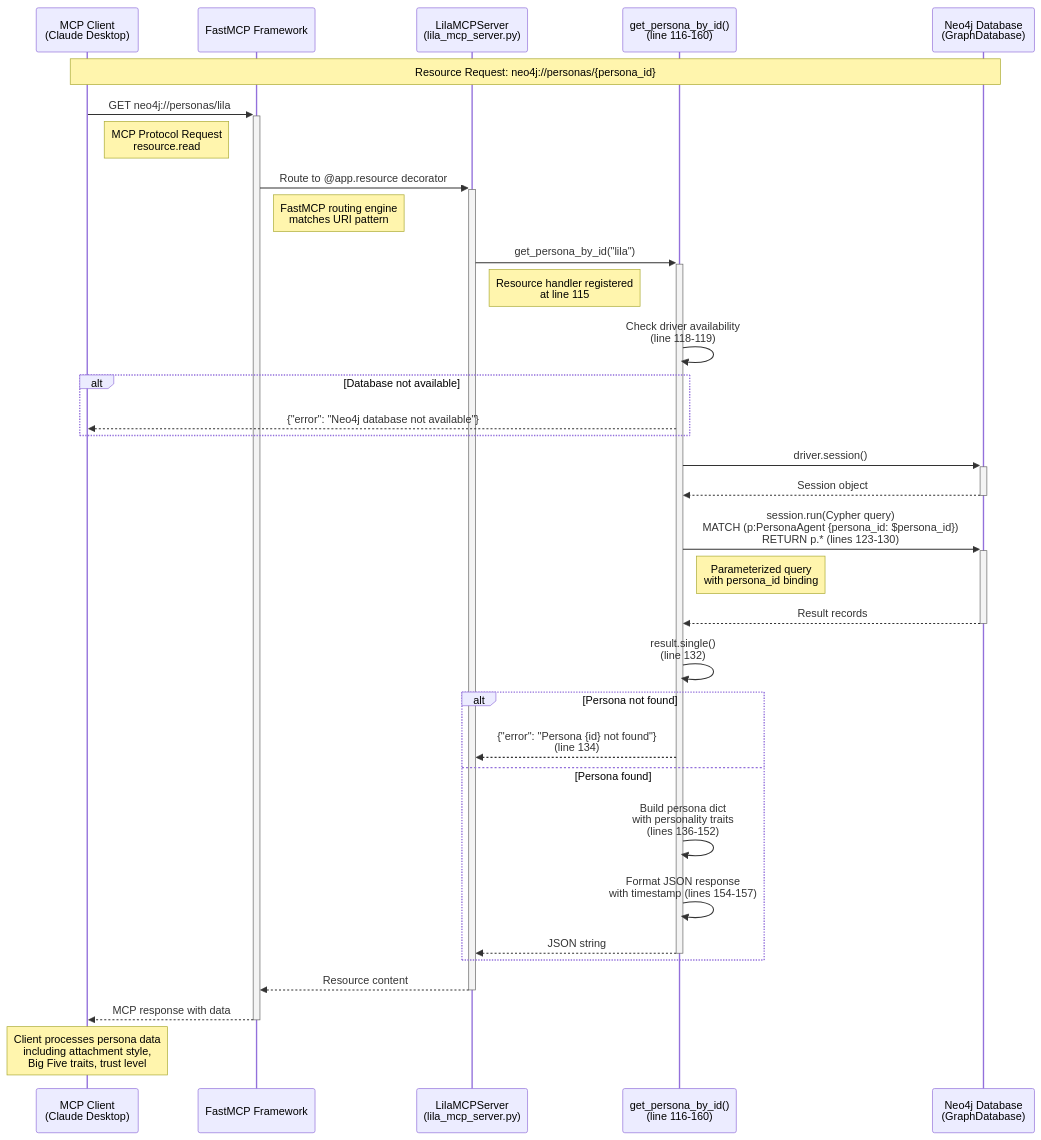
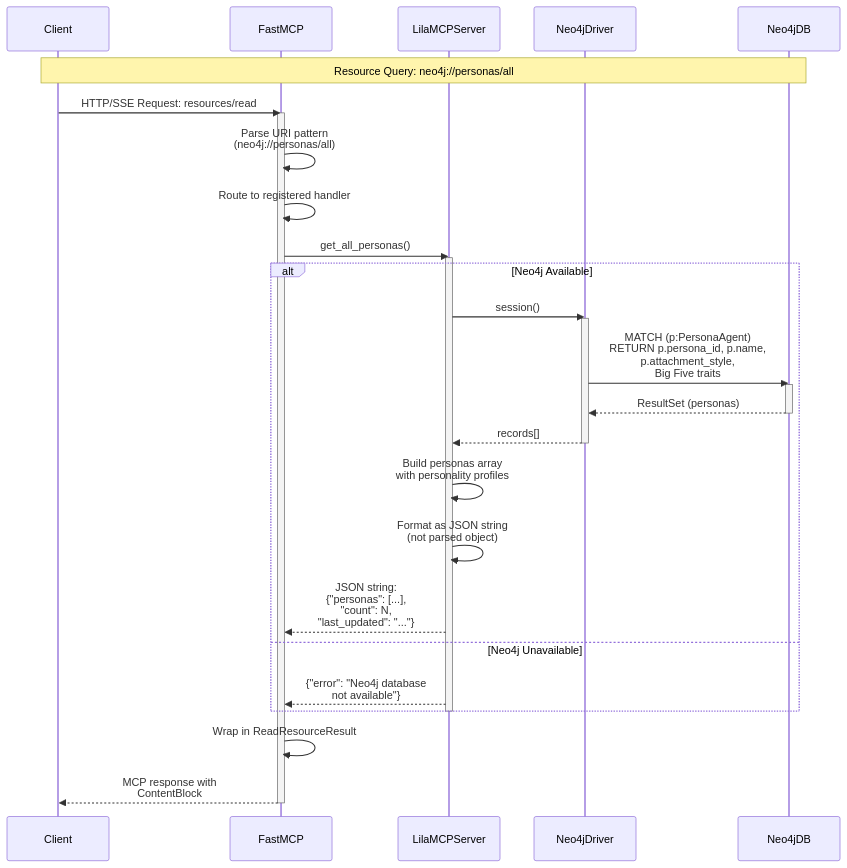
One commit to lila-graph/lila-mcp changed the first of 5 diagrams in repo_analysis/docs/03_data_flows.md. Above: the diagram before and after it, drawn with Mermaid. The commit also changed other lines of this file and 5 other files, not shown here.

Commit message:
update architecture docs

````diff
--- a/repo_analysis/docs/03_data_flows.md
+++ b/repo_analysis/docs/03_data_flows.md
@@ -18,47 +9,46 @@
 ```mermaid
 sequenceDiagram
-    participant Client as MCP Client<br/>(Claude Desktop)
-    participant FastMCP as FastMCP Framework
-    participant Server as LilaMCPServer<br/>(lila_mcp_server.py)
-    participant Handler as get_persona_by_id()<br/>(line 116-160)
-    participant Neo4j as Neo4j Database<br/>(GraphDatabase)
+    participant Client
+    participant FastMCP
+    participant Server as LilaMCPServer
+    participant Neo4jDriver
+    participant Neo4jDB
 
-    Note over Client,Neo4j: Resource Request: neo4j://personas/{persona_id}
+    Note over Client,Neo4jDB: Resource Query: neo4j://personas/all
 
-    Client->>+FastMCP: GET neo4j://personas/lila
-    Note right of Client: MCP Protocol Request<br/>resource.read
+    Client->>FastMCP: HTTP/SSE Request: resources/read
+    activate FastMCP
 
-    FastMCP->>+Server: Route to @app.resource decorator
-    Note right of FastMCP: FastMCP routing engine<br/>matches URI pattern
+    FastMCP->>FastMCP: Parse URI pattern<br/>(neo4j://personas/all)
+    FastMCP->>FastMCP: Route to registered handler
 
-    Server->>+Handler: get_persona_by_id("lila")
-    Note right of Server: Resource handler registered<br/>at line 115
+    FastMCP->>Server: get_all_personas()
+    activate Server
 
-    Handler->>Handler: Check driver availability<br/>(line 118-119)
-    alt Database not available
-        Handler-->>Client: {"error": "Neo4j database not available"}
+    alt Neo4j Available
+        Server->>Neo4jDriver: session()
+        activate Neo4jDriver
+
+        Neo4jDriver->>Neo4jDB: MATCH (p:PersonaAgent)<br/>RETURN p.persona_id, p.name,<br/>p.attachment_style,<br/>Big Five traits
+        activate Neo4jDB
+        Neo4jDB-->>Neo4jDriver: ResultSet (personas)
+        deactivate Neo4jDB
+
+        Neo4jDriver-->>Server: records[]
+        deactivate Neo4jDriver
+
+        Server->>Server: Build personas array<br/>with personality profiles
+        Server->>Server: Format as JSON string<br/>(not parsed object)
+
+        Server-->>FastMCP: JSON string:<br/>{"personas": [...],<br/> "count": N,<br/> "last_updated": "..."}
+
+    else Neo4j Unavailable
+        Server-->>FastMCP: {"error": "Neo4j database<br/>not available"}
     end
 
-    Handler->>+Neo4j: driver.session()
-    Neo4j-->>-Handler: Session object
+    deactivate Server
 
-    Handler->>+Neo4j: session.run(Cypher query)<br/>MATCH (p:PersonaAgent {persona_id: $persona_id})<br/>RETURN p.* (lines 123-130)
-    Note right of Handler: Parameterized query<br/>with persona_id binding
-
-    Neo4j-->>-Handler: Result records
-
-    Handler->>Handler: result.single()<br/>(line 132)
-
-    alt Persona not found
-        Handler-->>Server: {"error": "Persona {id} not found"}<br/>(line 134)
-    else Persona found
-        Handler->>Handler: Build persona dict<br/>with personality traits<br/>(lines 136-152)
-        Handler->>Handler: Format JSON response<br/>with timestamp (lines 154-157)
-        Handler-->>-Server: JSON string
-    end
-
-    Server-->>-FastMCP: Resource content
-    FastMCP-->>-Client: MCP response with data
-
-    Note over Client: Client processes persona data<br/>including attachment style,<br/>Big Five traits, trust level
+    FastMCP->>FastMCP: Wrap in ReadResourceResult
+    FastMCP-->>Client: MCP response with<br/>ContentBlock
+    deactivate FastMCP
 ```
````
